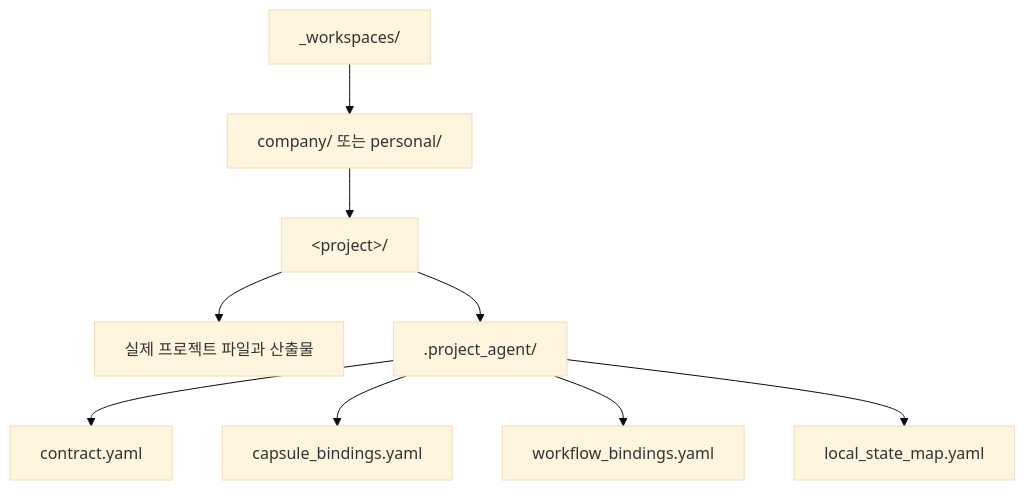
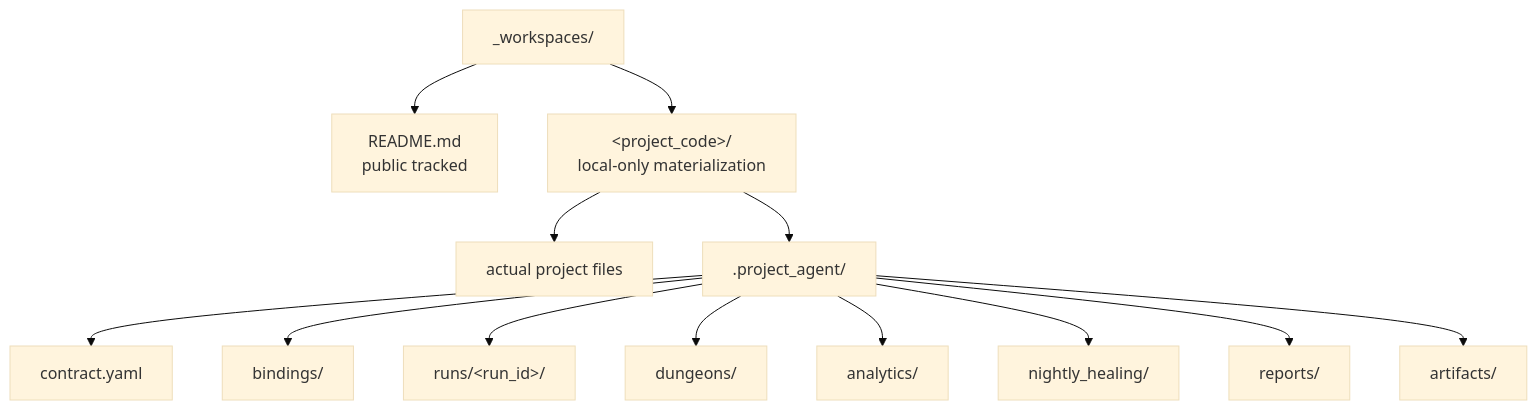
Before and after one commit to SungYongMOON/soulforge: the diagram in docs/architecture/workspace/WORKSPACE_PROJECT_MODEL.md, drawn with Mermaid (base theme). The commit also changed other lines of this file and 62 other files, not shown here.

````diff
--- a/docs/architecture/workspace/WORKSPACE_PROJECT_MODEL.md
+++ b/docs/architecture/workspace/WORKSPACE_PROJECT_MODEL.md
@@ -11,11 +11,15 @@
 ```mermaid
 flowchart TD
-  W["_workspaces/"] --> K["company/ 또는 personal/"]
-  K --> P["&lt;project&gt;/"]
-  P --> F["실제 프로젝트 파일과 산출물"]
+  W["_workspaces/"] --> R["README.md<br/>public tracked"]
+  W --> P["&lt;project_code&gt;/<br/>local-only materialization"]
+  P --> F["actual project files"]
   P --> PA[".project_agent/"]
   PA --> C["contract.yaml"]
-  PA --> CB["capsule_bindings.yaml"]
-  PA --> WB["workflow_bindings.yaml"]
-  PA --> LS["local_state_map.yaml"]
+  PA --> B["bindings/"]
+  PA --> RUN["runs/&lt;run_id&gt;/"]
+  PA --> D["dungeons/"]
+  PA --> A["analytics/"]
+  PA --> N["nightly_healing/"]
+  PA --> RP["reports/"]
+  PA --> AR["artifacts/"]
 ```
````
